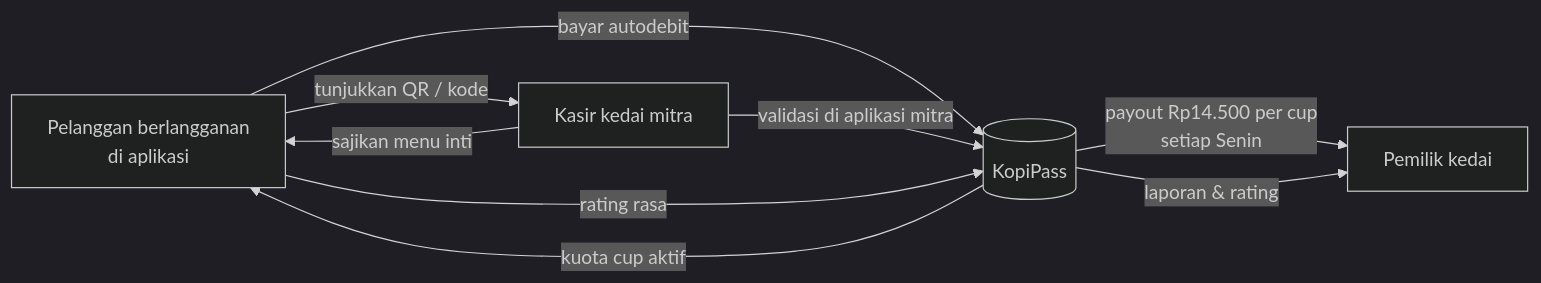
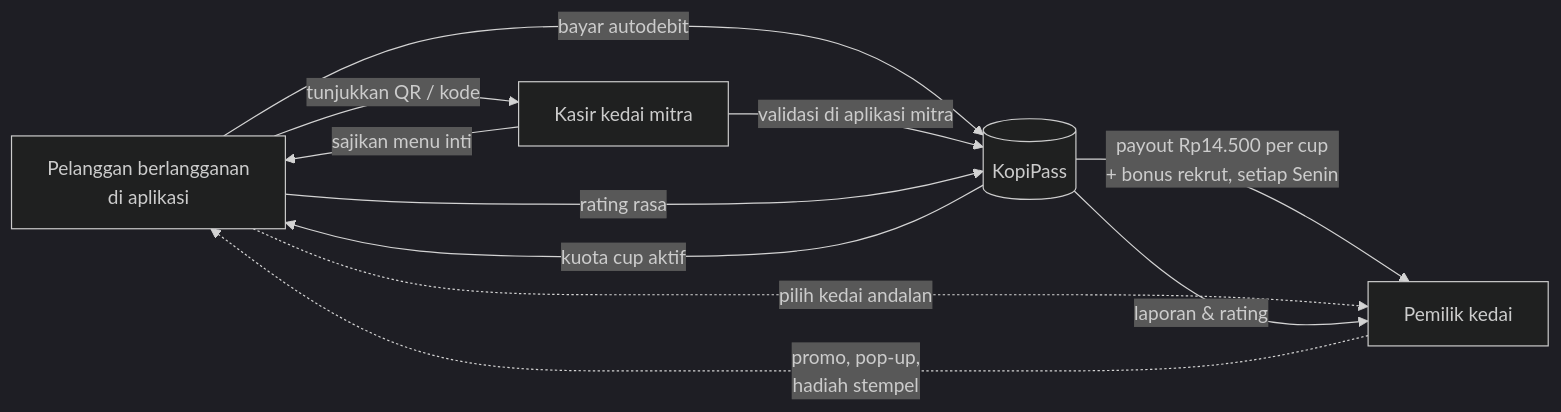
One commit to yudhis7/coffeepassnusantara changed the first of 6 diagrams in docs/SOP.md. Above: the diagram before and after it, drawn with Mermaid (dark theme). The commit also changed other lines of this file and 71 other files, not shown here.

First line of the commit message:
v0.2.0: kedai andalan, promo mitra + pop-up, halaman awal coffee culture

````diff
--- a/docs/SOP.md
+++ b/docs/SOP.md
@@ -52,11 +56,13 @@
 ```mermaid
 flowchart LR
     A[Pelanggan berlangganan<br/>di aplikasi] -->|bayar autodebit| B[(KopiPass)]
     B -->|kuota cup aktif| A
     A -->|tunjukkan QR / kode| C[Kasir kedai mitra]
     C -->|validasi di aplikasi mitra| B
     C -->|sajikan menu inti| A
-    B -->|payout Rp14.500 per cup<br/>setiap Senin| D[Pemilik kedai]
+    B -->|payout Rp14.500 per cup<br/>+ bonus rekrut, setiap Senin| D[Pemilik kedai]
+    D -.->|promo, pop-up,<br/>hadiah stempel| A
+    A -.->|pilih kedai andalan| D
     A -->|rating rasa| B
     B -->|laporan & rating| D
 ```
````
